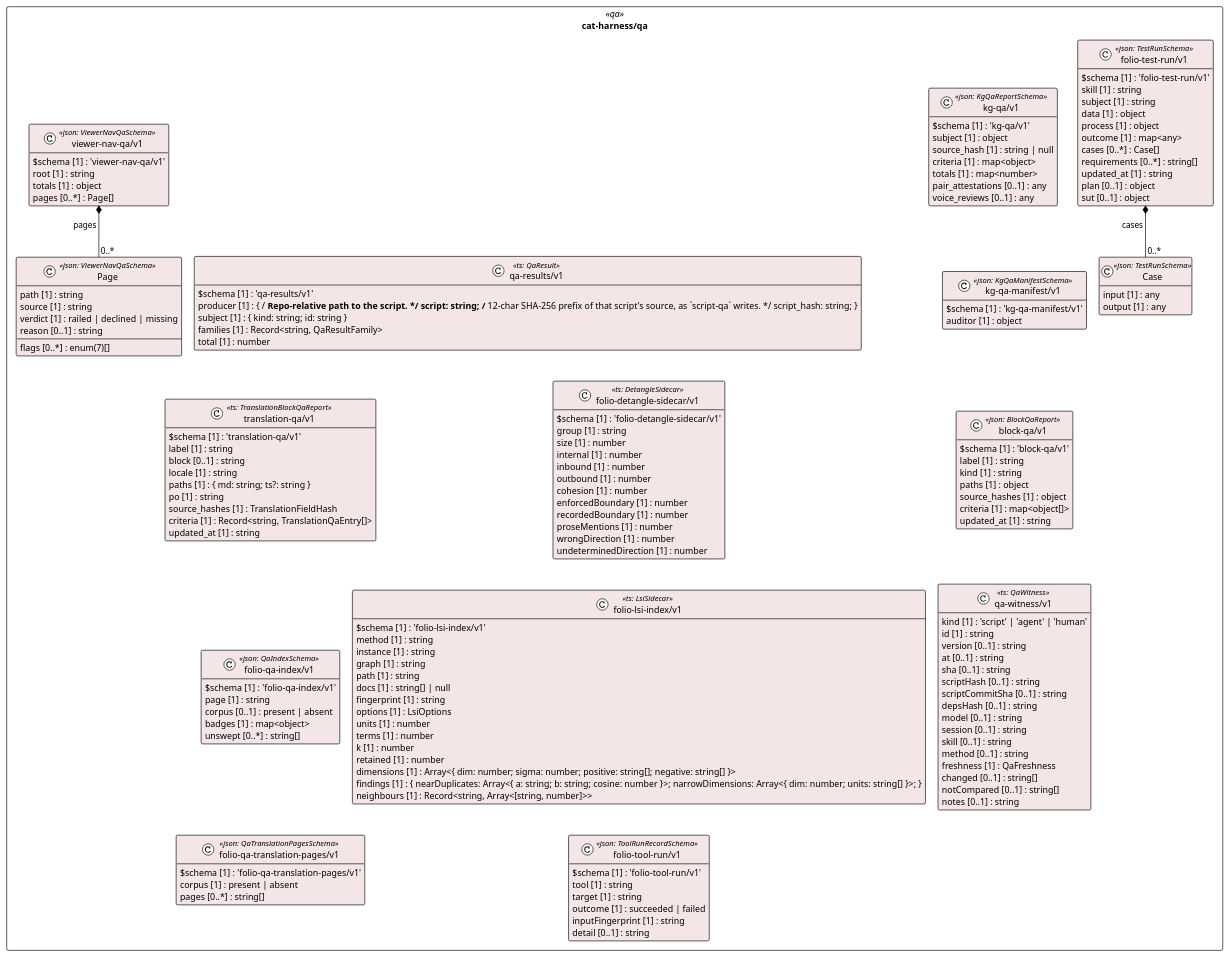
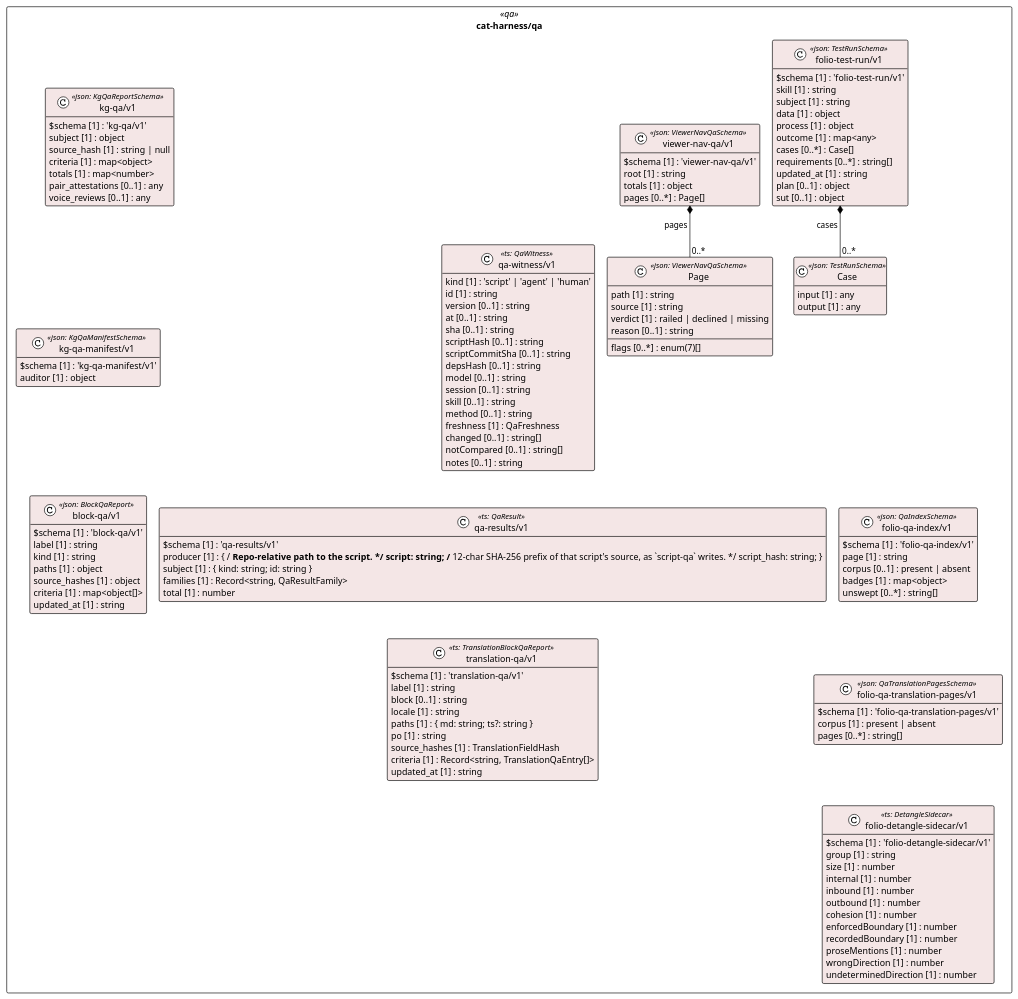
Before and after one commit to litlfred/folio-assistant: the diagram in cat-harness/uml/overview/cat-harness/qa.puml, drawn with PlantUML. The commit also changed 27 other files, not shown here.

```diff
--- a/cat-harness/uml/overview/cat-harness/qa.puml
+++ b/cat-harness/uml/overview/cat-harness/qa.puml
@@ -3,153 +3,128 @@
 @startuml cat_harness_qa
 !pragma layout elk
 !theme plain
 skinparam classAttributeIconSize 0
 skinparam shadowing false
 skinparam packageStyle rectangle
 hide empty methods
 
 package "cat-harness/qa" as pkg_cat_harness_qa <<qa>> {
   class "kg-qa/v1" as cat_harness_qa_kg_qa_v1_kg_qa_v1 <<json: KgQaReportSchema>> #f4e6e6 {
     $schema [1] : 'kg-qa/v1'
     subject [1] : object
     source_hash [1] : string | null
     criteria [1] : map<object>
     totals [1] : map<number>
     pair_attestations [0..1] : any
     voice_reviews [0..1] : any
   }
   class "kg-qa-manifest/v1" as cat_harness_qa_kg_qa_manifest_v1_kg_qa_manifest_v1 <<json: KgQaManifestSchema>> #f4e6e6 {
     $schema [1] : 'kg-qa-manifest/v1'
     auditor [1] : object
   }
   class "block-qa/v1" as cat_harness_qa_block_qa_v1_block_qa_v1 <<json: BlockQaReport>> #f4e6e6 {
     $schema [1] : 'block-qa/v1'
     label [1] : string
     kind [1] : string
     paths [1] : object
     source_hashes [1] : object
     criteria [1] : map<object[]>
     updated_at [1] : string
   }
   class "Case" as cat_harness_qa_folio_test_run_v1_Case <<json: TestRunSchema>> #f4e6e6 {
     input [1] : any
     output [1] : any
   }
   class "folio-test-run/v1" as cat_harness_qa_folio_test_run_v1_folio_test_run_v1 <<json: TestRunSchema>> #f4e6e6 {
     $schema [1] : 'folio-test-run/v1'
     skill [1] : string
     subject [1] : string
     data [1] : object
     process [1] : object
     outcome [1] : map<any>
     cases [0..*] : Case[]
     requirements [0..*] : string[]
     updated_at [1] : string
     plan [0..1] : object
     sut [0..1] : object
   }
   class "qa-witness/v1" as cat_harness_qa_qa_witness_v1 <<ts: QaWitness>> #f4e6e6 {
     kind [1] : 'script' | 'agent' | 'human'
     id [1] : string
     version [0..1] : string
     at [0..1] : string
     sha [0..1] : string
     scriptHash [0..1] : string
     scriptCommitSha [0..1] : string
     depsHash [0..1] : string
     model [0..1] : string
     session [0..1] : string
     skill [0..1] : string
     method [0..1] : string
     freshness [1] : QaFreshness
     changed [0..1] : string[]
     notCompared [0..1] : string[]
     notes [0..1] : string
   }
   class "qa-results/v1" as cat_harness_qa_qa_results_v1 <<ts: QaResult>> #f4e6e6 {
     $schema [1] : 'qa-results/v1'
     producer [1] : { /** Repo-relative path to the script. */ script: string; /** 12-char SHA-256 prefix of that script's source, as `script-qa` writes. */ script_hash: string; }
     subject [1] : { kind: string; id: string }
     families [1] : Record<string, QaResultFamily>
     total [1] : number
   }
   class "translation-qa/v1" as cat_harness_qa_translation_qa_v1 <<ts: TranslationBlockQaReport>> #f4e6e6 {
     $schema [1] : 'translation-qa/v1'
     label [1] : string
     block [0..1] : string
     locale [1] : string
     paths [1] : { md: string; ts?: string }
     po [1] : string
     source_hashes [1] : TranslationFieldHash
     criteria [1] : Record<string, TranslationQaEntry[]>
     updated_at [1] : string
   }
   class "folio-qa-index/v1" as cat_harness_qa_folio_qa_index_v1_folio_qa_index_v1 <<json: QaIndexSchema>> #f4e6e6 {
     $schema [1] : 'folio-qa-index/v1'
     page [1] : string
     corpus [0..1] : present | absent
     badges [1] : map<object>
     unswept [0..*] : string[]
   }
   class "folio-qa-translation-pages/v1" as cat_harness_qa_folio_qa_translation_pages_v1_folio_qa_translation_pages_v1 <<json: QaTranslationPagesSchema>> #f4e6e6 {
     $schema [1] : 'folio-qa-translation-pages/v1'
     corpus [1] : present | absent
     pages [0..*] : string[]
   }
   class "folio-detangle-sidecar/v1" as cat_harness_qa_folio_detangle_sidecar_v1 <<ts: DetangleSidecar>> #f4e6e6 {
     $schema [1] : 'folio-detangle-sidecar/v1'
     group [1] : string
     size [1] : number
     internal [1] : number
     inbound [1] : number
     outbound [1] : number
     cohesion [1] : number
     enforcedBoundary [1] : number
     recordedBoundary [1] : number
     proseMentions [1] : number
     wrongDirection [1] : number
     undeterminedDirection [1] : number
   }
-  class "folio-lsi-index/v1" as cat_harness_qa_folio_lsi_index_v1 <<ts: LsiSidecar>> #f4e6e6 {
-    $schema [1] : 'folio-lsi-index/v1'
-    method [1] : string
-    instance [1] : string
-    graph [1] : string
-    path [1] : string
-    docs [1] : string[] | null
-    fingerprint [1] : string
-    options [1] : LsiOptions
-    units [1] : number
-    terms [1] : number
-    k [1] : number
-    retained [1] : number
-    dimensions [1] : Array<{ dim: number; sigma: number; positive: string[]; negative: string[] }>
-    findings [1] : { nearDuplicates: Array<{ a: string; b: string; cosine: number }>; narrowDimensions: Array<{ dim: number; units: string[] }>; }
-    neighbours [1] : Record<string, Array<[string, number]>>
-  }
-  class "folio-tool-run/v1" as cat_harness_qa_folio_tool_run_v1_folio_tool_run_v1 <<json: ToolRunRecordSchema>> #f4e6e6 {
-    $schema [1] : 'folio-tool-run/v1'
-    tool [1] : string
-    target [1] : string
-    outcome [1] : succeeded | failed
-    inputFingerprint [1] : string
-    detail [0..1] : string
-  }
   class "Page" as cat_harness_qa_viewer_nav_qa_v1_Page <<json: ViewerNavQaSchema>> #f4e6e6 {
     path [1] : string
     source [1] : string
     verdict [1] : railed | declined | missing
     reason [0..1] : string
     flags [0..*] : enum(7)[]
   }
   class "viewer-nav-qa/v1" as cat_harness_qa_viewer_nav_qa_v1_viewer_nav_qa_v1 <<json: ViewerNavQaSchema>> #f4e6e6 {
     $schema [1] : 'viewer-nav-qa/v1'
     root [1] : string
     totals [1] : object
     pages [0..*] : Page[]
   }
 }
 
 cat_harness_qa_folio_test_run_v1_folio_test_run_v1 *-- "0..*" cat_harness_qa_folio_test_run_v1_Case : cases
 cat_harness_qa_viewer_nav_qa_v1_viewer_nav_qa_v1 *-- "0..*" cat_harness_qa_viewer_nav_qa_v1_Page : pages
 @enduml
```
